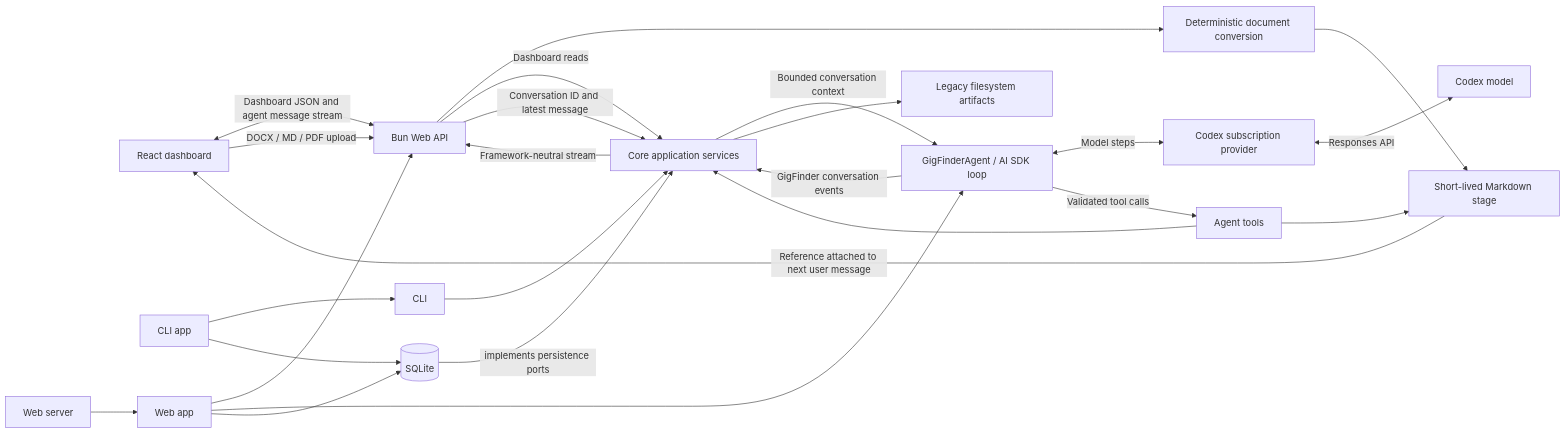
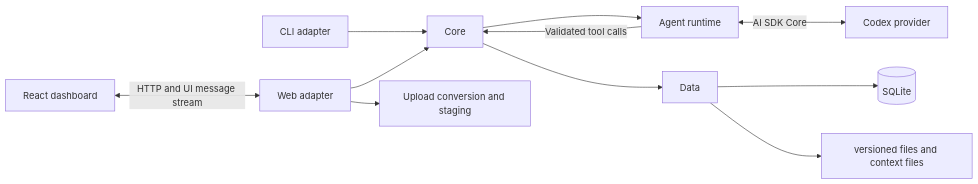
One commit to paulmccallick/gig-finder changed the diagram in docs/architecture/overview.md. Above: the diagram before and after it, drawn with Mermaid. The commit also changed other lines of this file and 12 other files, not shown here.

Commit message:
docs: consolidate architecture guidance

````diff
--- a/docs/architecture/overview.md
+++ b/docs/architecture/overview.md
@@ -5,27 +6,13 @@
 ```mermaid
 flowchart LR
-  Dashboard[React dashboard] <-->|Dashboard JSON and agent message stream| API[Bun Web API]
-  Dashboard -->|DOCX / MD / PDF upload| API
-  API --> Converter[Deterministic document conversion]
-  Converter --> Stage[Short-lived Markdown stage]
-  Stage -->|Reference attached to next user message| Dashboard
-  API -->|Dashboard reads| Core[Core application services]
-  API -->|Conversation ID and latest message| Core
-  Core -->|Bounded conversation context| Agent[GigFinderAgent / AI SDK loop]
-  Agent -->|GigFinder conversation events| Core
-  Core -->|Framework-neutral stream| API
-  Agent <-->|Model steps| Provider[Codex subscription provider]
-  Provider <-->|Responses API| Model[Codex model]
-  Agent -->|Validated tool calls| Tools[Agent tools]
-  Tools --> Stage
-  Tools --> Core
-  CLI[CLI] --> Core
-  CLIApp[CLI app] --> CLI
-  CLIApp --> SQLite
-  WebServer[Web server] --> WebApp[Web app]
-  WebApp --> API
-  WebApp --> Agent
-  WebApp --> SQLite
-  SQLite[(SQLite)] -->|implements persistence ports| Core
-  Core --> Artifacts[Legacy filesystem artifacts]
+  Browser[React dashboard] <-->|HTTP and UI message stream| Web[Web adapter]
+  CLI[CLI adapter] --> Core
+  Web --> Core
+  Web --> Uploads[Upload conversion and staging]
+  Core --> Agent[Agent runtime]
+  Core --> Data
+  Agent <-->|AI SDK Core| Model[Codex provider]
+  Agent -->|Validated tool calls| Core
+  Data --> SQLite[(SQLite)]
+  Data --> Files[versioned files and context files]
 ```
````
